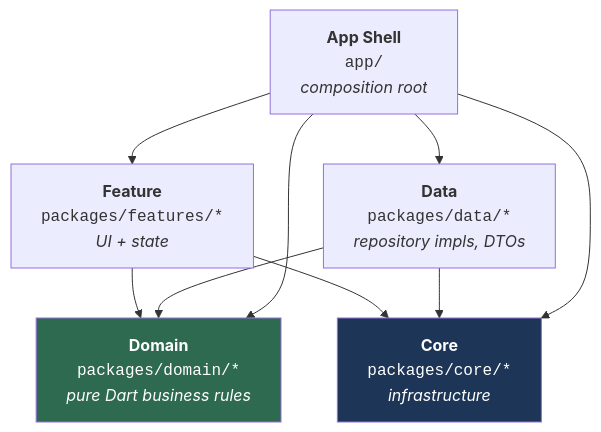
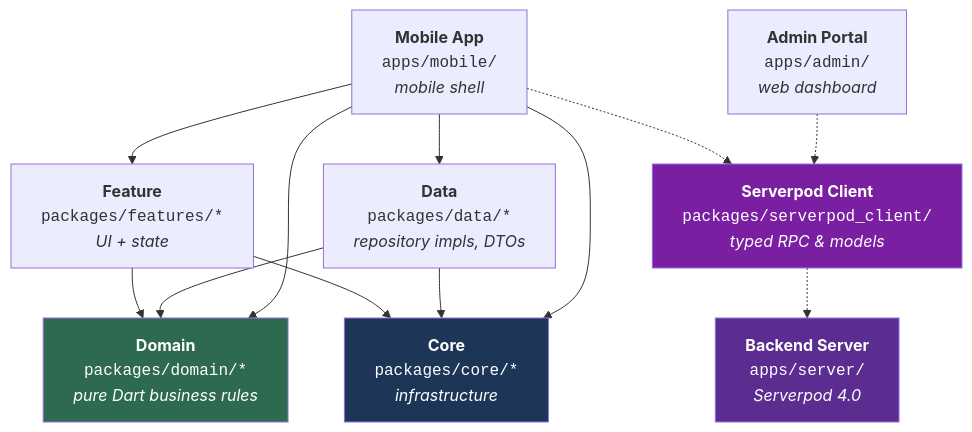
The diagram in docs/en/architecture/01_overview.md (CaoGiaHieu-dev/flutter-monorepo-codebase), drawn with Mermaid before and after one commit. The commit also changed 23 other files, not shown here.

Commit message:
refactor(core): remove firebase from core_common, update architecture graphs, test suites, and tooling scripts

````diff
--- a/docs/en/architecture/01_overview.md
+++ b/docs/en/architecture/01_overview.md
@@ -13,20 +13,28 @@
 ```mermaid
 graph TD
-    App["<b>App Shell</b><br/><code>app/</code><br/><i>composition root</i>"]
+    App["<b>Mobile App</b><br/><code>apps/mobile/</code><br/><i>mobile shell</i>"]
+    Admin["<b>Admin Portal</b><br/><code>apps/admin/</code><br/><i>web dashboard</i>"]
+    Server["<b>Backend Server</b><br/><code>apps/server/</code><br/><i>Serverpod 4.0</i>"]
+    SharedClient["<b>Serverpod Client</b><br/><code>packages/serverpod_client/</code><br/><i>typed RPC & models</i>"]
     Feature["<b>Feature</b><br/><code>packages/features/*</code><br/><i>UI + state</i>"]
     Domain["<b>Domain</b><br/><code>packages/domain/*</code><br/><i>pure Dart business rules</i>"]
     Data["<b>Data</b><br/><code>packages/data/*</code><br/><i>repository impls, DTOs</i>"]
     Core["<b>Core</b><br/><code>packages/core/*</code><br/><i>infrastructure</i>"]
 
     Feature --> Domain
     Data --> Domain
     Feature --> Core
     Data --> Core
     App --> Feature
     App --> Data
     App --> Domain
     App --> Core
+    App -.-> SharedClient
+    Admin -.-> SharedClient
+    SharedClient -.-> Server
 
     style Domain fill:#2d6a4f,color:#fff
     style Core fill:#1d3557,color:#fff
+    style Server fill:#5c2d91,color:#fff
+    style SharedClient fill:#7b1fa2,color:#fff
 ```
````
